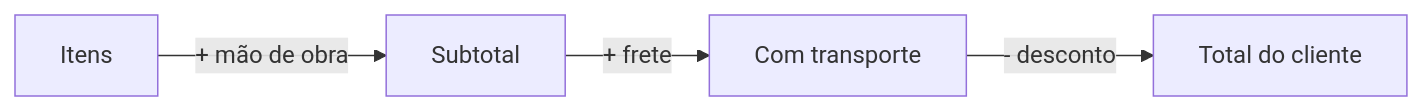
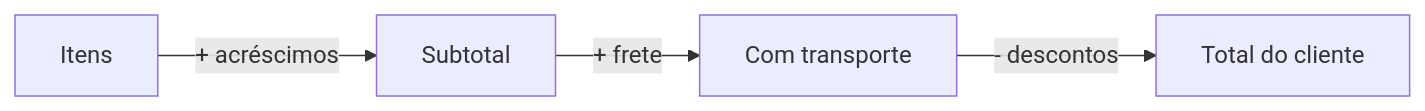
The diagram in orcamentos/valores.md (LocFlowTeam/locflow-docs), drawn with Mermaid before and after one commit. The commit also changed other lines of this file and 16 other files, not shown here.

````diff
--- a/orcamentos/valores.md
+++ b/orcamentos/valores.md
@@ -18,6 +18,6 @@
 ```mermaid
 flowchart LR
-    A[Itens] -->|+ mão de obra| B[Subtotal]
+    A[Itens] -->|+ acréscimos| B[Subtotal]
     B -->|+ frete| C[Com transporte]
-    C -->|- desconto| D[Total do cliente]
+    C -->|- descontos| D[Total do cliente]
 ```
````
